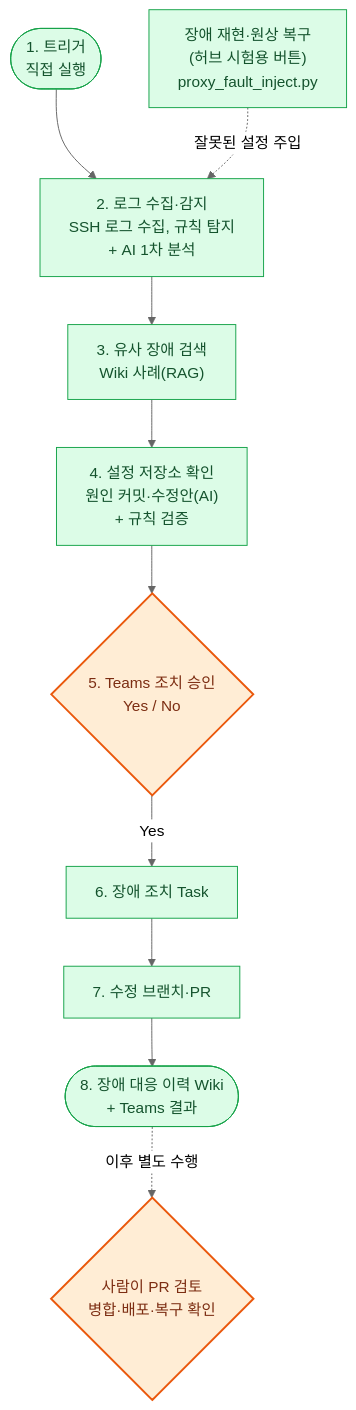
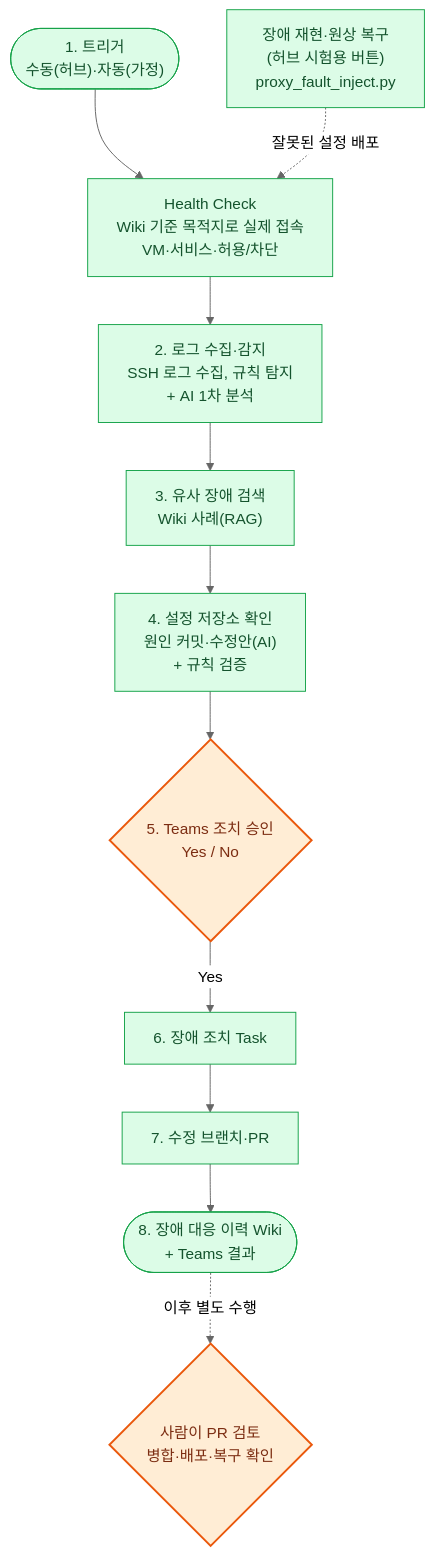
Before and after one commit to pcmola/ai-master: the third of 10 diagrams in README.md, drawn with Mermaid (neutral theme). The commit also changed other lines of this file and 4 other files, not shown here.

First line of the commit message:
시나리오 3: 프록시 Health Check 추가(수동 실행, 자동은 가정)

````diff
--- a/README.md
+++ b/README.md
@@ -304,17 +311,18 @@
 ```mermaid
 flowchart TD
-    t(["1. 트리거<br/>직접 실행"]) --> d["2. 로그 수집·감지<br/>SSH 로그 수집, 규칙 탐지<br/>+ AI 1차 분석"]
+    t(["1. 트리거<br/>수동(허브)·자동(가정)"]) --> hc["Health Check<br/>Wiki 기준 목적지로 실제 접속<br/>VM·서비스·허용/차단"]
+    hc --> d["2. 로그 수집·감지<br/>SSH 로그 수집, 규칙 탐지<br/>+ AI 1차 분석"]
     d --> sim["3. 유사 장애 검색<br/>Wiki 사례(RAG)"]
     sim --> src["4. 설정 저장소 확인<br/>원인 커밋·수정안(AI)<br/>+ 규칙 검증"]
     src --> ap{"5. Teams 조치 승인<br/>Yes / No"}
     ap -- "Yes" --> task["6. 장애 조치 Task"]
     task --> pr["7. 수정 브랜치·PR"]
     pr --> hist(["8. 장애 대응 이력 Wiki<br/>+ Teams 결과"])
     hist -. "이후 별도 수행" .-> review{"사람이 PR 검토<br/>병합·배포·복구 확인"}
-    inj["장애 재현·원상 복구<br/>(허브 시험용 버튼)<br/>proxy_fault_inject.py"] -. "잘못된 설정 주입" .-> d
+    inj["장애 재현·원상 복구<br/>(허브 시험용 버튼)<br/>proxy_fault_inject.py"] -. "잘못된 설정 배포" .-> hc
 
     classDef done fill:#DCFCE7,stroke:#16A34A,color:#14532D
     classDef user fill:#FFEDD5,stroke:#EA580C,stroke-width:2px,color:#7C2D12
-    class t,d,sim,src,inj,task,pr,hist done
+    class t,hc,d,sim,src,inj,task,pr,hist done
     class ap,review user
 ```
````
